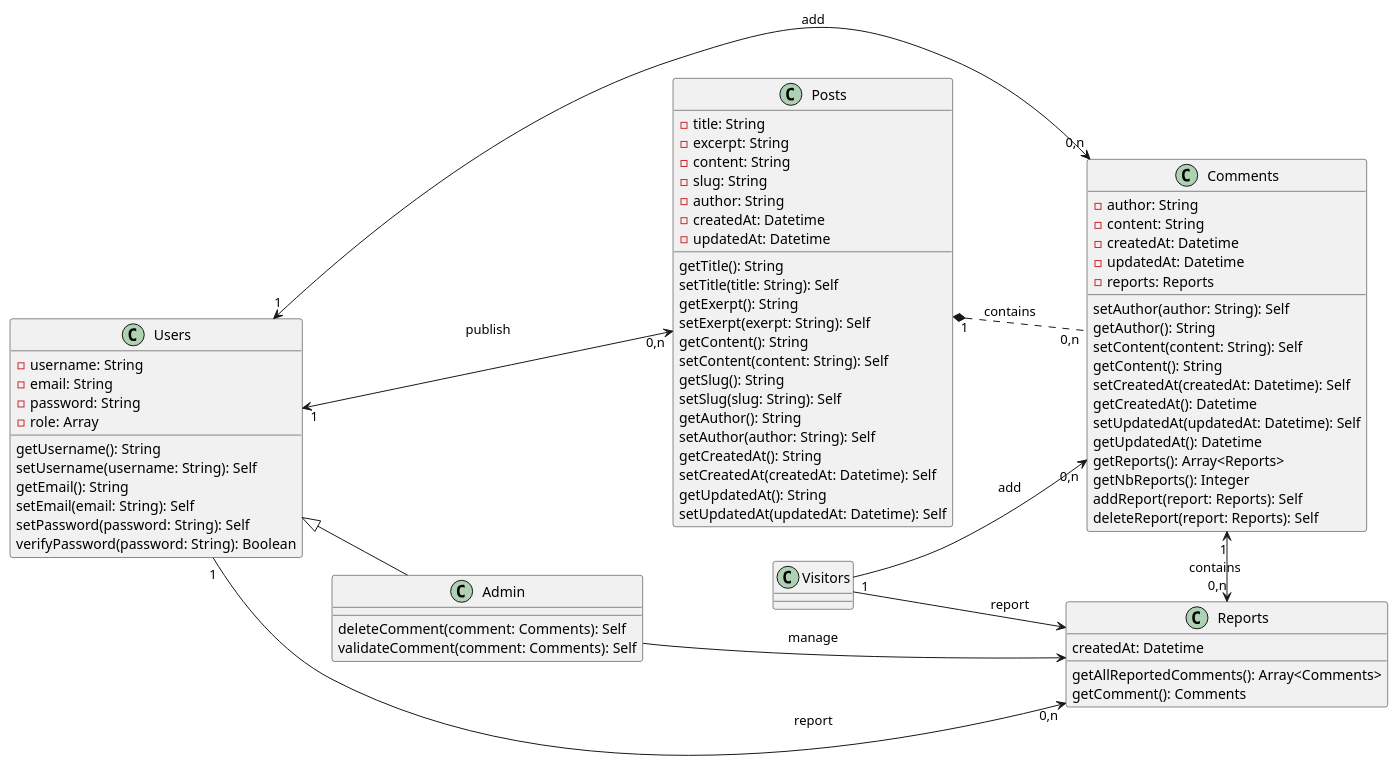
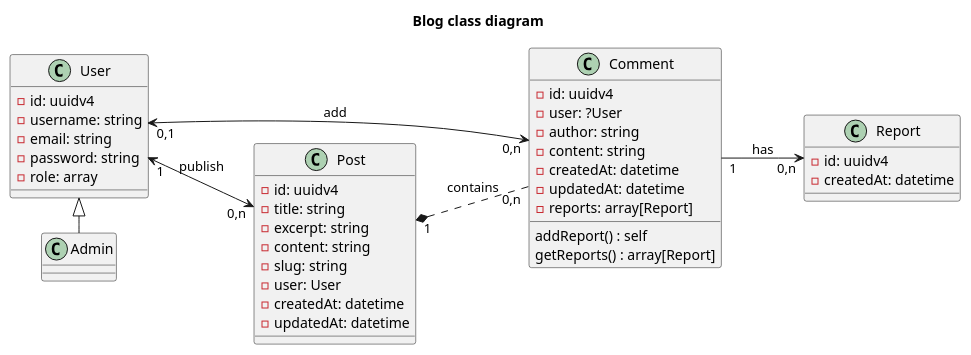
One commit to acecconato/AnthonyCecconato_5_18102021 changed the diagram in docs/puml/class/blog.puml. Above: the diagram before and after it, drawn with PlantUML. The commit also changed 33 other files, not shown here.

```diff
--- a/docs/puml/class/blog.puml
+++ b/docs/puml/class/blog.puml
@@ -1,93 +1,57 @@
 @startuml
 left to right direction
 
-class Comments {
-    - author: String
-    - content: String
-    - createdAt: Datetime
-    - updatedAt: Datetime
-    - reports: Reports
+title Blog class diagram
 
-    setAuthor(author: String): Self 
-    getAuthor(): String
-    setContent(content: String): Self
-    getContent(): String
-    setCreatedAt(createdAt: Datetime): Self
-    getCreatedAt(): Datetime
-    setUpdatedAt(updatedAt: Datetime): Self
-    getUpdatedAt(): Datetime
-    getReports(): Array<Reports>
-    getNbReports(): Integer
-    addReport(report: Reports): Self
-    deleteReport(report: Reports): Self
+class Comment {
+    - id: uuidv4
+    - user: ?User
+    - author: string
+    - content: string
+    - createdAt: datetime
+    - updatedAt: datetime
+    - reports: array[Report]
+
+    addReport() : self
+    getReports() : array[Report]
 }
 
 class Admin {
-    deleteComment(comment: Comments): Self
-    validateComment(comment: Comments): Self
+
 }
 
-class Users {
-    - username: String
-    - email: String
-    - password: String
-    - role: Array
-
-    getUsername(): String
-    setUsername(username: String): Self
-    getEmail(): String
-    setEmail(email: String): Self
-    setPassword(password: String): Self
-    verifyPassword(password: String): Boolean
+class User {
+    - id: uuidv4
+    - username: string
+    - email: string
+    - password: string
+    - role: array
 }
 
-class Visitors
-
-class Posts {
-    - title: String
-    - excerpt: String
-    - content: String 
-    - slug: String 
-    - author: String
-    - createdAt: Datetime
-    - updatedAt: Datetime
-
-    getTitle(): String
-    setTitle(title: String): Self
-    getExerpt(): String
-    setExerpt(exerpt: String): Self
-    getContent(): String
-    setContent(content: String): Self 
-    getSlug(): String
-    setSlug(slug: String): Self
-    getAuthor(): String
-    setAuthor(author: String): Self
-    getCreatedAt(): String
-    setCreatedAt(createdAt: Datetime): Self
-    getUpdatedAt(): String
-    setUpdatedAt(updatedAt: Datetime): Self
+class Post {
+    - id: uuidv4
+    - title: string
+    - excerpt: string
+    - content: string 
+    - slug: string 
+    - user: User
+    - createdAt: datetime
+    - updatedAt: datetime
 }
 
-class Reports {
-    createdAt: Datetime
-    getAllReportedComments(): Array<Comments>
-    getComment(): Comments
+class Report {
+    - id: uuidv4
+    - createdAt: datetime
 }
 
 ' Relations
-Users <|- Admin
+User <|- Admin
 
-Visitors "1" --> "0,n" Comments: add
-Visitors --> Reports: report
+Comment "1" --> "0,n" Report : has
 
-Comments "1" <-> "0,n" Reports: contains
+Post "1" *.. "0,n" Comment : contains
 
-Posts "1" *.. "0,n" Comments: contains
-
-Users "1" <--> "0,n" Posts: publish
-Users "1" <--> "0,n" Comments: add
-Users "1" --> "0,n" Reports: report
-
-Admin --> Reports: manage 
+User "1" <--> "0,n" Post : publish
+User "0,1" <--> "0,n" Comment : add
 
 @enduml
```
